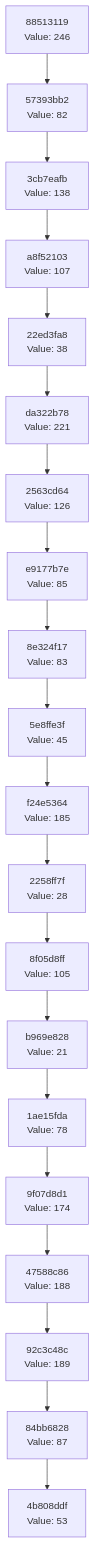
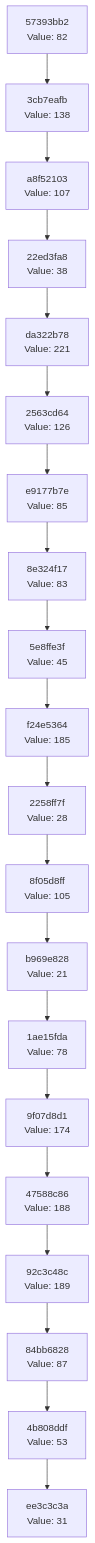
One commit to Abhisheksinha1506/hash-chain-evolver changed the diagram in docs/CHAIN_VISUALIZATION.md. Above: the diagram before and after it, drawn with Mermaid. The commit also changed 1 other file, not shown here.

Commit message:
Evolution step: hash 0x1F → action executed

````diff
--- a/docs/CHAIN_VISUALIZATION.md
+++ b/docs/CHAIN_VISUALIZATION.md
@@ -3,42 +3,42 @@
 ```mermaid
 graph TD
-    C0["4b808ddf<br/>Value: 53"]
-    C1["84bb6828<br/>Value: 87"]
+    C0["ee3c3c3a<br/>Value: 31"]
+    C1["4b808ddf<br/>Value: 53"]
     C1 --> C0
-    C2["92c3c48c<br/>Value: 189"]
+    C2["84bb6828<br/>Value: 87"]
     C2 --> C1
-    C3["47588c86<br/>Value: 188"]
+    C3["92c3c48c<br/>Value: 189"]
     C3 --> C2
-    C4["9f07d8d1<br/>Value: 174"]
+    C4["47588c86<br/>Value: 188"]
     C4 --> C3
-    C5["1ae15fda<br/>Value: 78"]
+    C5["9f07d8d1<br/>Value: 174"]
     C5 --> C4
-    C6["b969e828<br/>Value: 21"]
+    C6["1ae15fda<br/>Value: 78"]
     C6 --> C5
-    C7["8f05d8ff<br/>Value: 105"]
+    C7["b969e828<br/>Value: 21"]
     C7 --> C6
-    C8["2258ff7f<br/>Value: 28"]
+    C8["8f05d8ff<br/>Value: 105"]
     C8 --> C7
-    C9["f24e5364<br/>Value: 185"]
+    C9["2258ff7f<br/>Value: 28"]
     C9 --> C8
-    C10["5e8ffe3f<br/>Value: 45"]
+    C10["f24e5364<br/>Value: 185"]
     C10 --> C9
-    C11["8e324f17<br/>Value: 83"]
+    C11["5e8ffe3f<br/>Value: 45"]
     C11 --> C10
-    C12["e9177b7e<br/>Value: 85"]
+    C12["8e324f17<br/>Value: 83"]
     C12 --> C11
-    C13["2563cd64<br/>Value: 126"]
+    C13["e9177b7e<br/>Value: 85"]
     C13 --> C12
-    C14["da322b78<br/>Value: 221"]
+    C14["2563cd64<br/>Value: 126"]
     C14 --> C13
-    C15["22ed3fa8<br/>Value: 38"]
+    C15["da322b78<br/>Value: 221"]
     C15 --> C14
-    C16["a8f52103<br/>Value: 107"]
+    C16["22ed3fa8<br/>Value: 38"]
     C16 --> C15
-    C17["3cb7eafb<br/>Value: 138"]
+    C17["a8f52103<br/>Value: 107"]
     C17 --> C16
-    C18["57393bb2<br/>Value: 82"]
+    C18["3cb7eafb<br/>Value: 138"]
     C18 --> C17
-    C19["88513119<br/>Value: 246"]
+    C19["57393bb2<br/>Value: 82"]
     C19 --> C18
 ```
````
